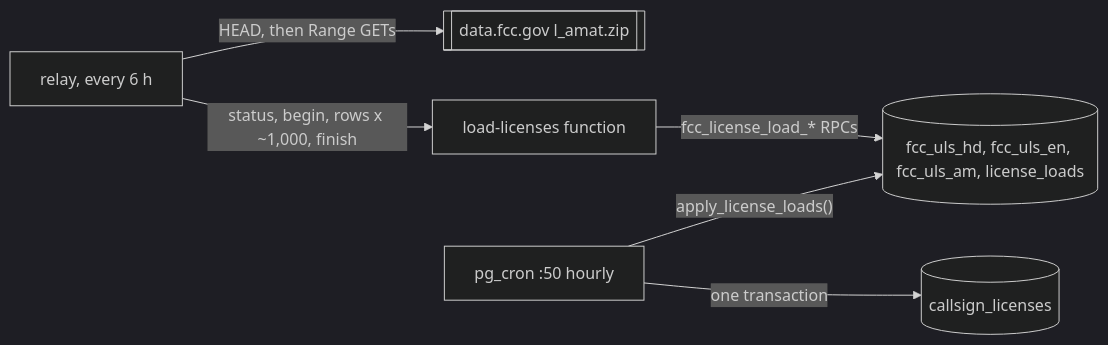
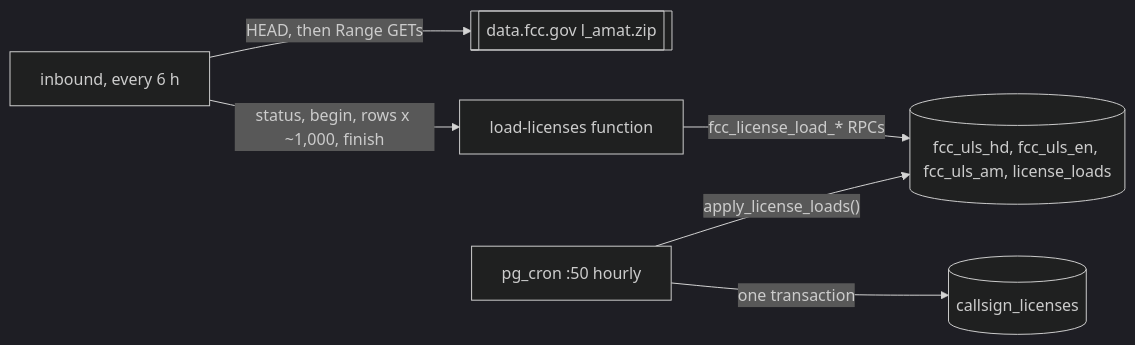
Before and after one commit to johnsonm/longlines: the tenth of 16 diagrams in docs/ARCHITECTURE.md, drawn with Mermaid (dark theme). The commit also changed other lines of this file and 102 other files, not shown here.

First line of the commit message:
Rename the relay to the inbound worker

````diff
--- a/docs/ARCHITECTURE.md
+++ b/docs/ARCHITECTURE.md
@@ -1108,8 +1108,8 @@
 ```mermaid
 flowchart LR
-  R[relay, every 6 h] -- "HEAD, then Range GETs" --> Z[[data.fcc.gov l_amat.zip]]
+  R[inbound, every 6 h] -- "HEAD, then Range GETs" --> Z[[data.fcc.gov l_amat.zip]]
   R -- "status, begin, rows x ~1,000, finish" --> F[load-licenses function]
   F -- "fcc_license_load_* RPCs" --> S[(fcc_uls_hd, fcc_uls_en, fcc_uls_am, license_loads)]
   C[pg_cron :50 hourly] -- "apply_license_loads()" --> S
   C -- "one transaction" --> L[(callsign_licenses)]
 ```
````
